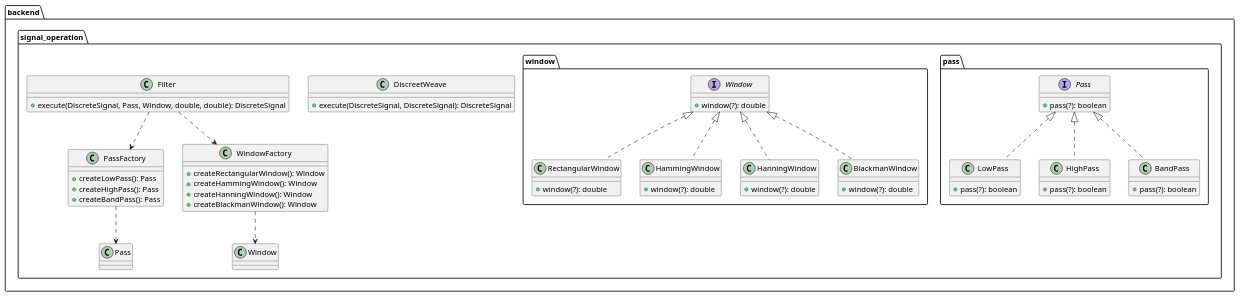
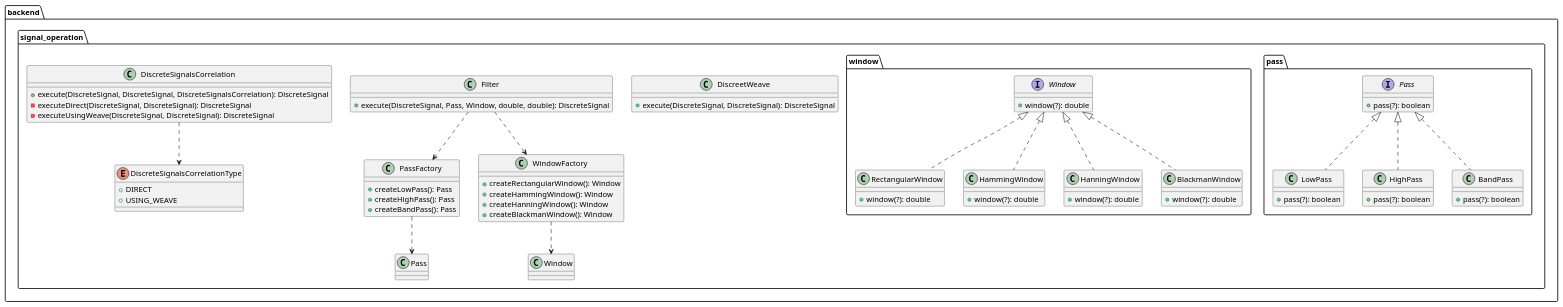
Before and after one commit to RadekBucki/DigitalSignalProcessing: the third of 3 diagrams in README.md, drawn with PlantUML.

Commit message:
DiscreteSignalsCorrelation

````diff
--- a/README.md
+++ b/README.md
@@ -383,65 +383,75 @@
 ```plantuml
 package backend {
     package signal_operation {
         class DiscreetWeave {
             + execute(DiscreteSignal, DiscreteSignal): DiscreteSignal
         }
         class Filter {
             + execute(DiscreteSignal, Pass, Window, double, double): DiscreteSignal
         }
         Filter ..> PassFactory
         Filter ..> WindowFactory
         class PassFactory {
             + createLowPass(): Pass
             + createHighPass(): Pass
             + createBandPass(): Pass
         }
         PassFactory ..> Pass
         class WindowFactory {
             + createRectangularWindow(): Window
             + createHammingWindow(): Window
             + createHanningWindow(): Window
             + createBlackmanWindow(): Window
         }
         WindowFactory ..> Window
         package pass {
             interface Pass {
                 + pass(?): boolean
             }
             class LowPass {
                 + pass(?): boolean
             }
             class HighPass {
                 + pass(?): boolean
             }
             class BandPass {
                 + pass(?): boolean
             }
             Pass <|.. LowPass
             Pass <|.. HighPass
             Pass <|.. BandPass
         }
         package window {
             interface Window {
                 + window(?): double
             }
             class RectangularWindow {
                 + window(?): double
             }
             class HammingWindow {
                 + window(?): double
             }
             class HanningWindow {
                 + window(?): double
             }
             class BlackmanWindow {
                 + window(?): double
             }
             Window <|.. RectangularWindow
             Window <|.. HammingWindow
             Window <|.. HanningWindow
             Window <|.. BlackmanWindow
         }
+        class DiscreteSignalsCorrelation {
+            + execute(DiscreteSignal, DiscreteSignal, DiscreteSignalsCorrelation): DiscreteSignal
+            - executeDirect(DiscreteSignal, DiscreteSignal): DiscreteSignal
+            - executeUsingWeave(DiscreteSignal, DiscreteSignal): DiscreteSignal
+        }
+        DiscreteSignalsCorrelation ..> DiscreteSignalsCorrelationType
+        enum DiscreteSignalsCorrelationType {
+            + DIRECT
+            + USING_WEAVE
+        }
     }
 }
 ```
````
